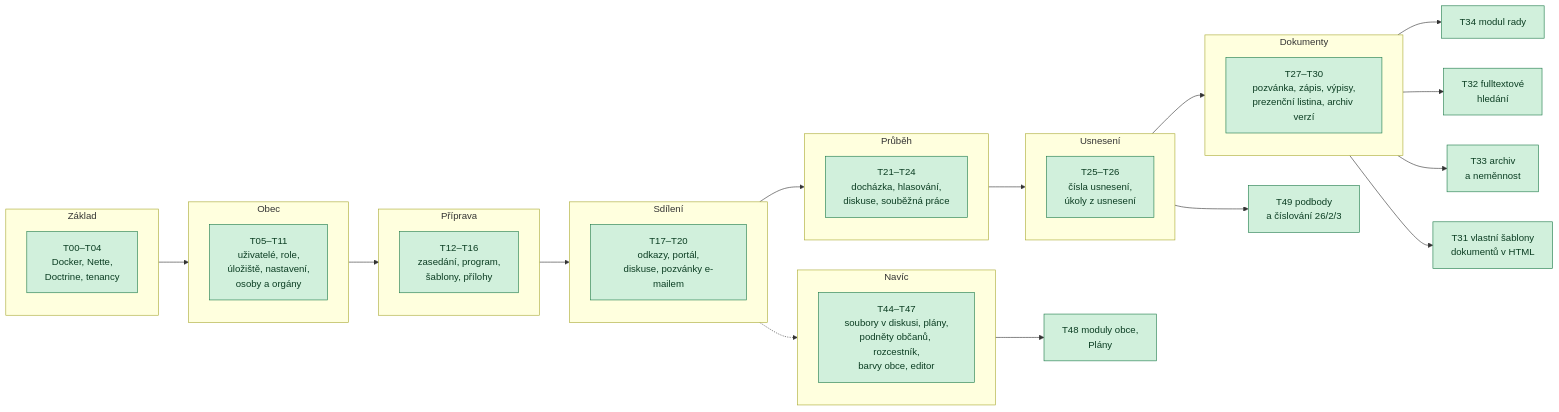
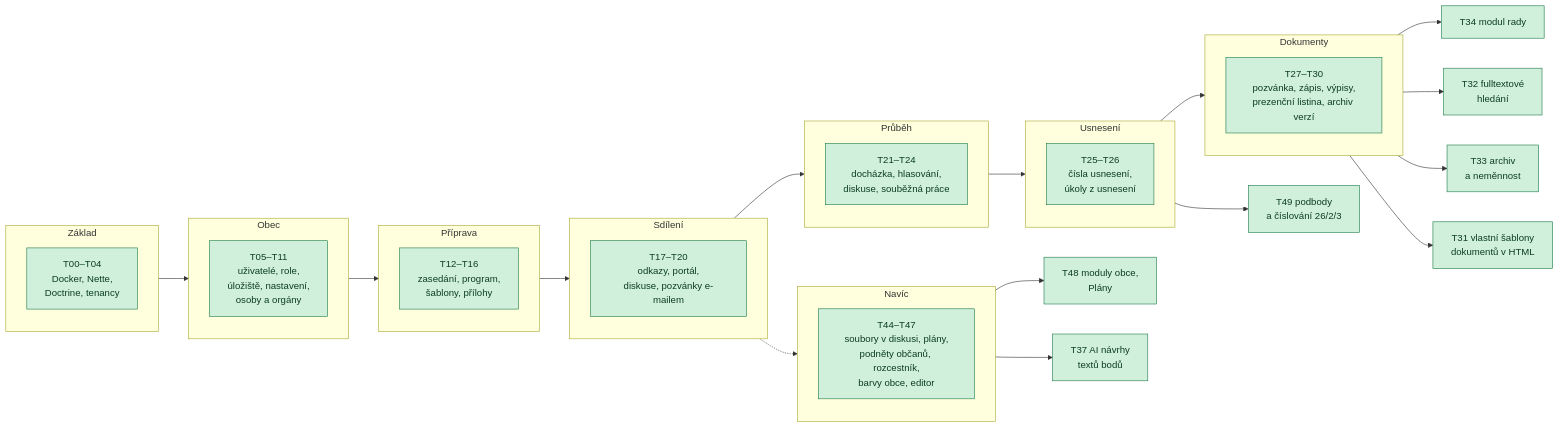
One commit to 731mat/konsel changed the diagram in doc/wiki/09-plan-a-stav.md. Above: the diagram before and after it, drawn with Mermaid. The commit also changed other lines of this file and 24 other files, not shown here.

````diff
--- a/doc/wiki/09-plan-a-stav.md
+++ b/doc/wiki/09-plan-a-stav.md
@@ -7,44 +7,46 @@
 ```mermaid
 flowchart LR
     subgraph F0["Základ"]
         T00[T00–T04<br/>Docker, Nette,<br/>Doctrine, tenancy]
     end
     subgraph F1["Obec"]
         T05[T05–T11<br/>uživatelé, role,<br/>úložiště, nastavení,<br/>osoby a orgány]
     end
     subgraph F2["Příprava"]
         T12[T12–T16<br/>zasedání, program,<br/>šablony, přílohy]
     end
     subgraph F3["Sdílení"]
         T17[T17–T20<br/>odkazy, portál,<br/>diskuse, pozvánky e-mailem]
     end
     subgraph F4["Průběh"]
         T21[T21–T24<br/>docházka, hlasování,<br/>diskuse, souběžná práce]
     end
     subgraph F5["Usnesení"]
         T25[T25–T26<br/>čísla usnesení,<br/>úkoly z usnesení]
     end
     subgraph F6["Dokumenty"]
         T28[T27–T30<br/>pozvánka, zápis, výpisy,<br/>prezenční listina, archiv verzí]
     end
     subgraph F10["Navíc"]
         T44[T44–T47<br/>soubory v diskusi, plány,<br/>podněty občanů, rozcestník,<br/>barvy obce, editor]
     end
     T34[T34 modul rady]
     T32[T32 fulltextové<br/>hledání]
     T33[T33 archiv<br/>a neměnnost]
     T48[T48 moduly obce,<br/>Plány]
     T31[T31 vlastní šablony<br/>dokumentů v HTML]
     T49[T49 podbody<br/>a číslování 26/2/3]
+    T37[T37 AI návrhy<br/>textů bodů]
     F0 --> F1 --> F2 --> F3 --> F4 --> F5 --> F6
     F6 --> T34
     F6 --> T32
     F6 --> T33
     F10 --> T48
     F6 --> T31
     F5 --> T49
+    F10 --> T37
     F3 -.-> F10
 
     classDef done fill:#d1f0dc,stroke:#1e7b4a,color:#0b3d22;
-    class T00,T05,T12,T17,T21,T25,T28,T44,T34,T32,T33,T48,T31,T49 done;
+    class T00,T05,T12,T17,T21,T25,T28,T44,T34,T32,T33,T48,T31,T49,T37 done;
 ```
````
